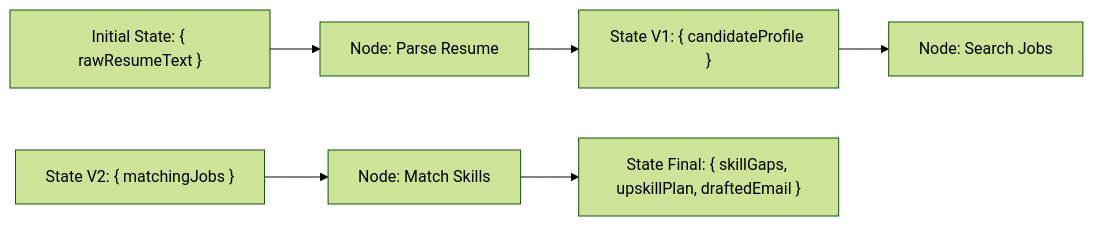
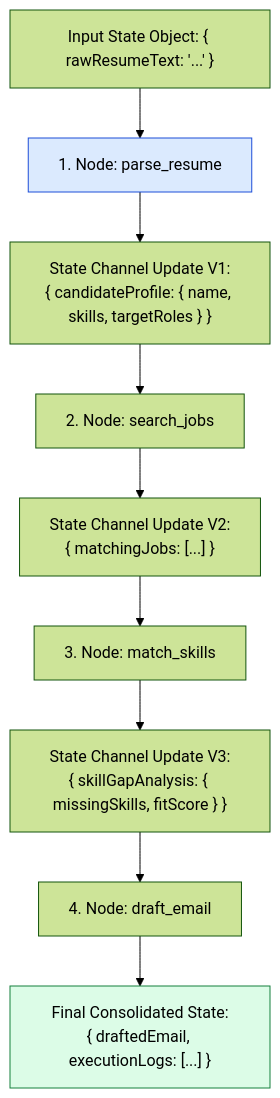
One commit to Amie-dev/engineering-playbook changed the first of 3 diagrams in agentic-ai-notes/05-karigar-flow/01-state-schema-definition.md. Above: the diagram before and after it, drawn with Mermaid (forest theme). The commit also changed other lines of this file and 12 other files, not shown here.

First line of the commit message:
Refactor Karigar Flow Modules: Enhance Email Drafter, Tracer, Cost Tracker, LangSmith Integration, and Main Runner

````diff
--- a/agentic-ai-notes/05-karigar-flow/01-state-schema-definition.md
+++ b/agentic-ai-notes/05-karigar-flow/01-state-schema-definition.md
@@ -10,8 +13,21 @@
 ```mermaid
-graph LR
-    InitialState["Initial State: { rawResumeText }"] --> Node1[Node: Parse Resume]
-    Node1 --> StateV1["State V1: { candidateProfile }"]
-    StateV1 --> Node2[Node: Search Jobs]
-    StateV2["State V2: { matchingJobs }"] --> Node3[Node: Match Skills]
-    Node3 --> FinalState["State Final: { skillGaps, upskillPlan, draftedEmail }"]
+flowchart TD
+    InitialInput["Input State Object: { rawResumeText: '...' }"] --> Node1["1. Node: parse_resume"]
+
+    Node1 --> StatePass1["State Channel Update V1:<br/>{ candidateProfile: { name, skills, targetRoles } }"]
+
+    StatePass1 --> Node2["2. Node: search_jobs"]
+
+    Node2 --> StatePass2["State Channel Update V2:<br/>{ matchingJobs: [...] }"]
+
+    StatePass2 --> Node3["3. Node: match_skills"]
+
+    Node3 --> StatePass3["State Channel Update V3:<br/>{ skillGapAnalysis: { missingSkills, fitScore } }"]
+
+    StatePass3 --> Node4["4. Node: draft_email"]
+
+    Node4 --> FinalState["Final Consolidated State:<br/>{ draftedEmail, executionLogs: [...] }"]
+
+    style Node1 fill:#dbeafe,stroke:#1d4ed8
+    style FinalState fill:#dcfce7,stroke:#15803d
 ```
````
